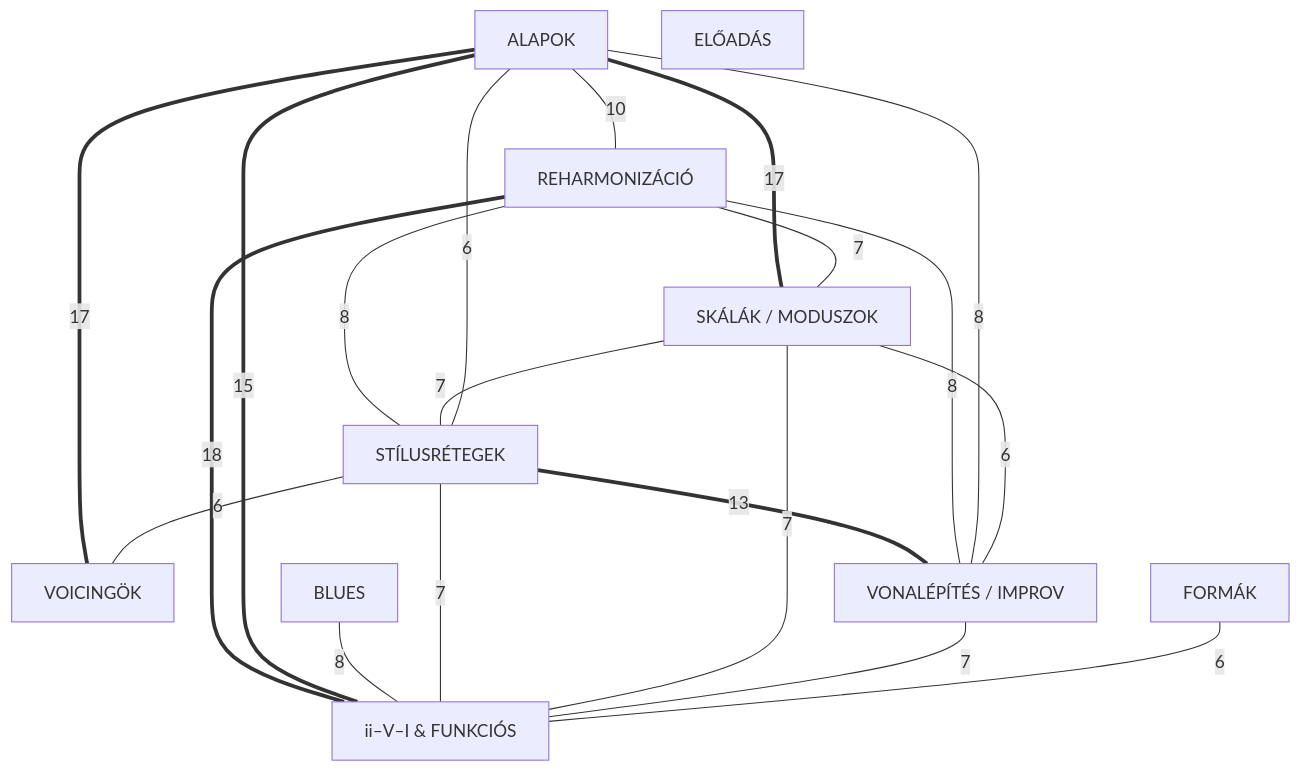
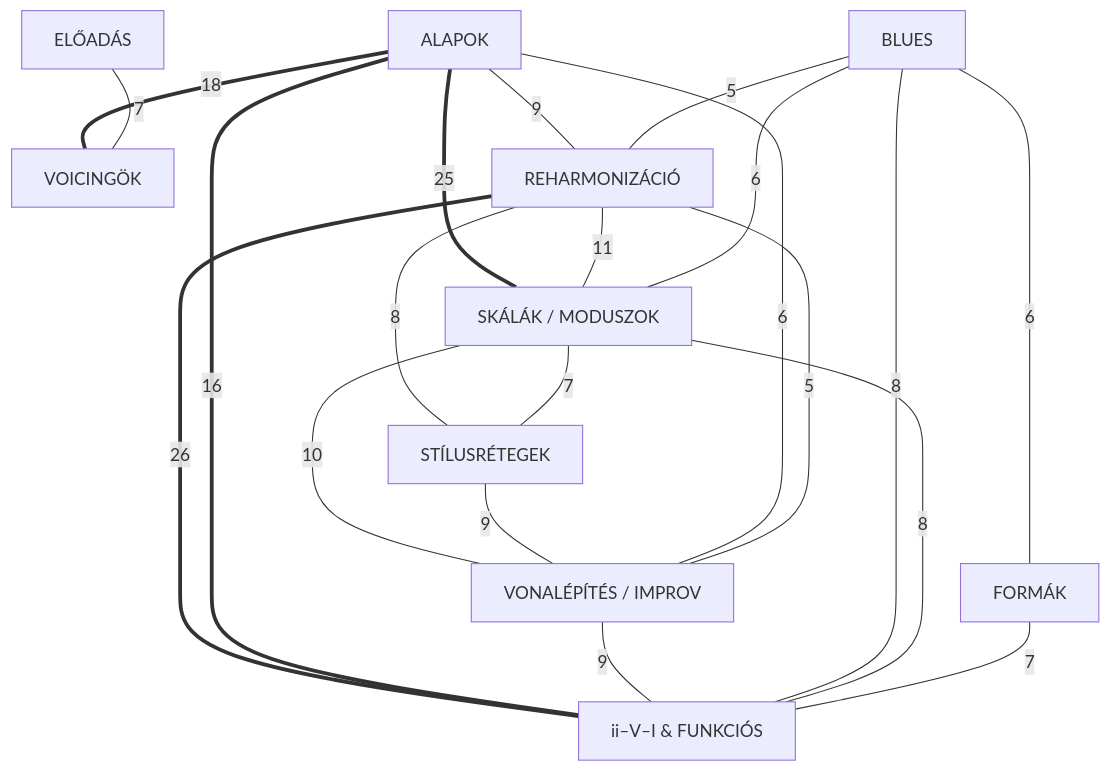
One commit to Ponder-deeply/secondBrain-wiki changed the first of 2 diagrams in subjects/jazz.md. Above: the diagram before and after it, drawn with Mermaid. The commit also changed other lines of this file and 11 other files, not shown here.

````diff
--- a/subjects/jazz.md
+++ b/subjects/jazz.md
@@ -92,32 +99,33 @@
 ```mermaid
 graph TD
   Alapok["ALAPOK"]
   Skalak["SKÁLÁK / MODUSZOK"]
   Voicing["VOICINGÖK"]
   iiVI["ii–V–I & FUNKCIÓS"]
   Reharm["REHARMONIZÁCIÓ"]
   Blues["BLUES"]
   Stilus["STÍLUSRÉTEGEK"]
   Forma["FORMÁK"]
   Vonal["VONALÉPÍTÉS / IMPROV"]
   Eloadas["ELŐADÁS"]
-  Reharm ===|18| iiVI
-  Alapok ===|17| Voicing
-  Alapok ===|17| Skalak
-  Alapok ===|15| iiVI
-  Stilus ===|13| Vonal
-  Alapok ---|10| Reharm
-  Reharm ---|8| Vonal
+  Reharm ===|26| iiVI
+  Alapok ===|25| Skalak
+  Alapok ===|18| Voicing
+  Alapok ===|16| iiVI
+  Reharm ---|11| Skalak
+  Skalak ---|10| Vonal
+  Alapok ---|9| Reharm
+  Stilus ---|9| Vonal
+  Vonal ---|9| iiVI
+  Blues ---|8| iiVI
   Reharm ---|8| Stilus
-  Alapok ---|8| Vonal
-  Blues ---|8| iiVI
-  Stilus ---|7| iiVI
-  Reharm ---|7| Skalak
-  Skalak ---|7| iiVI
-  Vonal ---|7| iiVI
+  Skalak ---|8| iiVI
+  Eloadas ---|7| Voicing
+  Forma ---|7| iiVI
   Skalak ---|7| Stilus
-  Skalak ---|6| Vonal
-  Forma ---|6| iiVI
-  Stilus ---|6| Voicing
-  Alapok ---|6| Stilus
+  Alapok ---|6| Vonal
+  Blues ---|6| Forma
+  Blues ---|6| Skalak
+  Blues ---|5| Reharm
+  Reharm ---|5| Vonal
 ```
````
